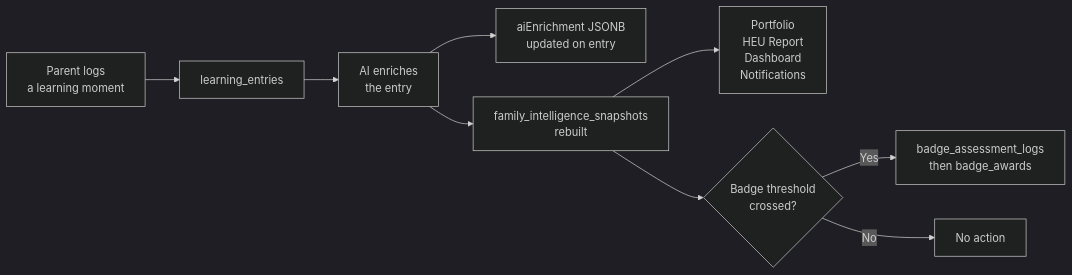
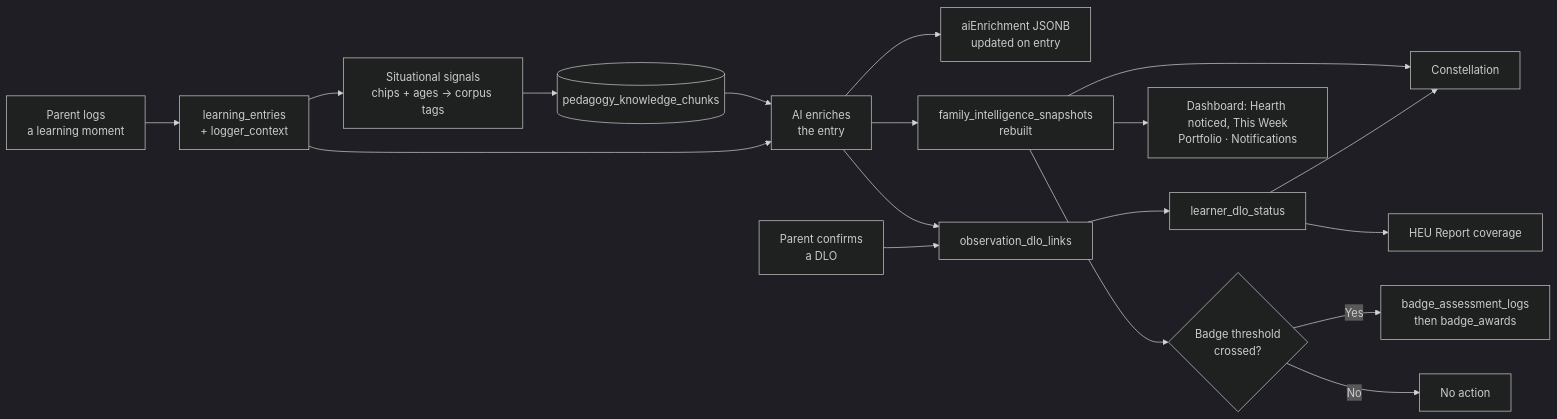
The second of 2 diagrams in docs/hearth-data-architecture-overview-v1.md (Glorptraag/hearth), drawn with Mermaid (dark theme) before and after one commit. The commit also changed other lines of this file and 2 other files, not shown here.

````diff
--- a/docs/hearth-data-architecture-overview-v1.md
+++ b/docs/hearth-data-architecture-overview-v1.md
@@ -49,11 +60,20 @@
 ```mermaid
 flowchart LR
-    A[Parent logs\na learning moment] --> B[learning_entries]
+    A[Parent logs\na learning moment] --> B[learning_entries\n+ logger_context]
+    B --> S[Situational signals\nchips + ages → corpus tags]
+    S --> K[(pedagogy_knowledge_chunks)]
+    K --> C
     B --> C[AI enriches\nthe entry]
     C --> D[aiEnrichment JSONB\nupdated on entry]
+    C --> L[observation_dlo_links]
+    P[Parent confirms\na DLO] --> L
+    L --> T[learner_dlo_status]
     C --> E[family_intelligence_snapshots\nrebuilt]
-    E --> F[Portfolio\nHEU Report\nDashboard\nNotifications]
+    E --> F[Dashboard: Hearth noticed, This Week\nPortfolio · Notifications]
+    E --> X[Constellation]
+    T --> X
+    T --> R[HEU Report coverage]
     E --> G{Badge threshold\ncrossed?}
     G -->|Yes| H[badge_assessment_logs\nthen badge_awards]
     G -->|No| I[No action]
 ```
````
